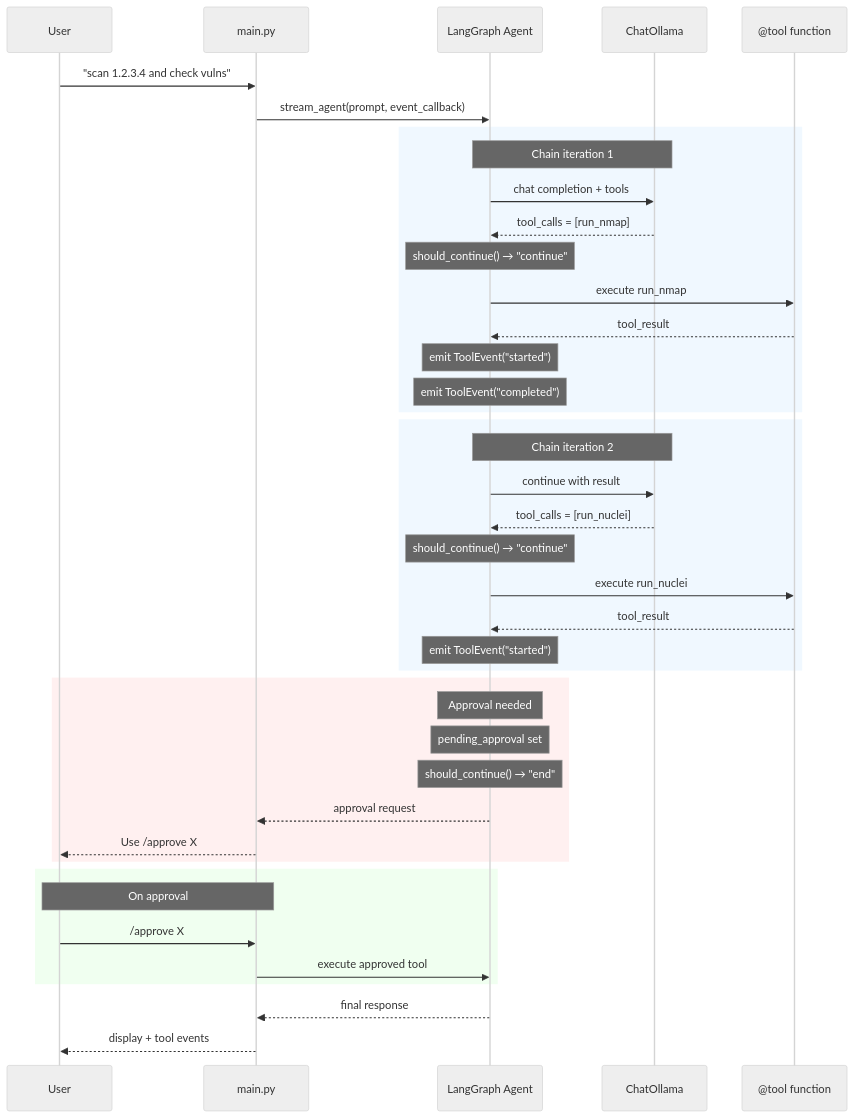
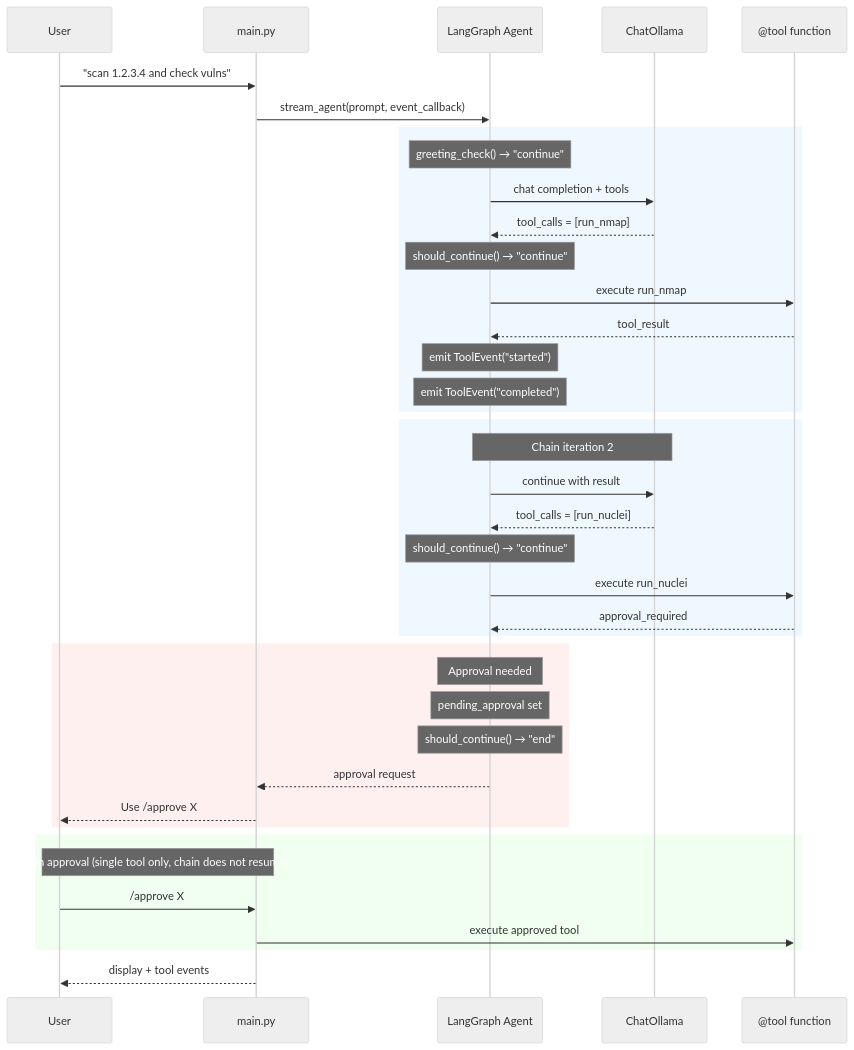
The second of 2 diagrams in docs/ARCHITECTURE.md (soorajrs409/e-agent), drawn with Mermaid (neutral theme) before and after one commit. The commit also changed other lines of this file and 6 other files, not shown here.

````diff
--- a/docs/ARCHITECTURE.md
+++ b/docs/ARCHITECTURE.md
@@ -122,49 +132,47 @@
 ```mermaid
 sequenceDiagram
     participant User
     participant Main as main.py
     participant Agent as LangGraph Agent
     participant LLM as ChatOllama
     participant Tool as @tool function
 
     User->>Main: "scan 1.2.3.4 and check vulns"
     Main->>Agent: stream_agent(prompt, event_callback)
     
     rect rgb(240, 248, 255)
-        Note over Agent,LLM: Chain iteration 1
+        Note over Agent: greeting_check() → "continue"
         Agent->>LLM: chat completion + tools
         LLM-->>Agent: tool_calls = [run_nmap]
         Note over Agent: should_continue() → "continue"
         Agent->>Tool: execute run_nmap
         Tool-->>Agent: tool_result
         Note over Agent: emit ToolEvent("started")
         Note over Agent: emit ToolEvent("completed")
     end
     
     rect rgb(240, 248, 255)
         Note over Agent,LLM: Chain iteration 2
         Agent->>LLM: continue with result
         LLM-->>Agent: tool_calls = [run_nuclei]
         Note over Agent: should_continue() → "continue"
         Agent->>Tool: execute run_nuclei
-        Tool-->>Agent: tool_result
-        Note over Agent: emit ToolEvent("started")
+        Tool-->>Agent: approval_required
     end
     
     rect rgb(255, 240, 240)
         Note over Agent: Approval needed
         Note over Agent: pending_approval set
         Note over Agent: should_continue() → "end"
         Agent-->>Main: approval request
         Main-->>User: Use /approve X
     end
     
     rect rgb(240, 255, 240)
-        Note over User,Main: On approval
+        Note over User,Main: On approval (single tool only, chain does not resume)
         User->>Main: /approve X
-        Main->>Agent: execute approved tool
+        Main->>Tool: execute approved tool
     end
     
-    Agent-->>Main: final response
     Main-->>User: display + tool events
 ```
````
